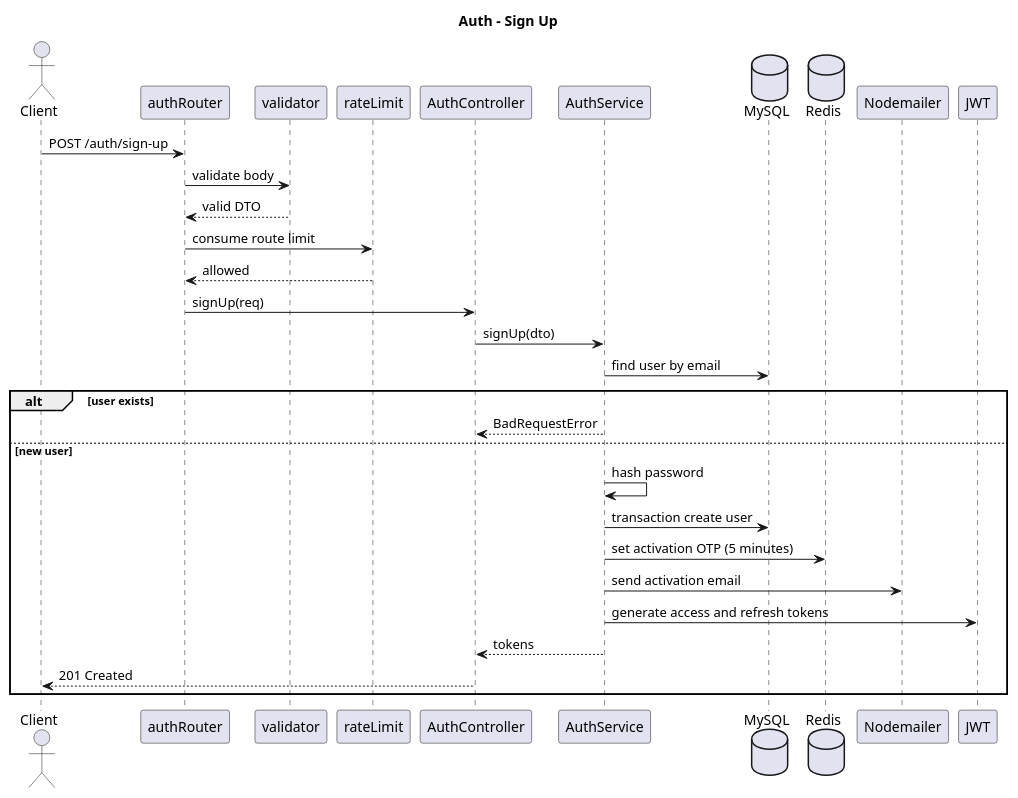
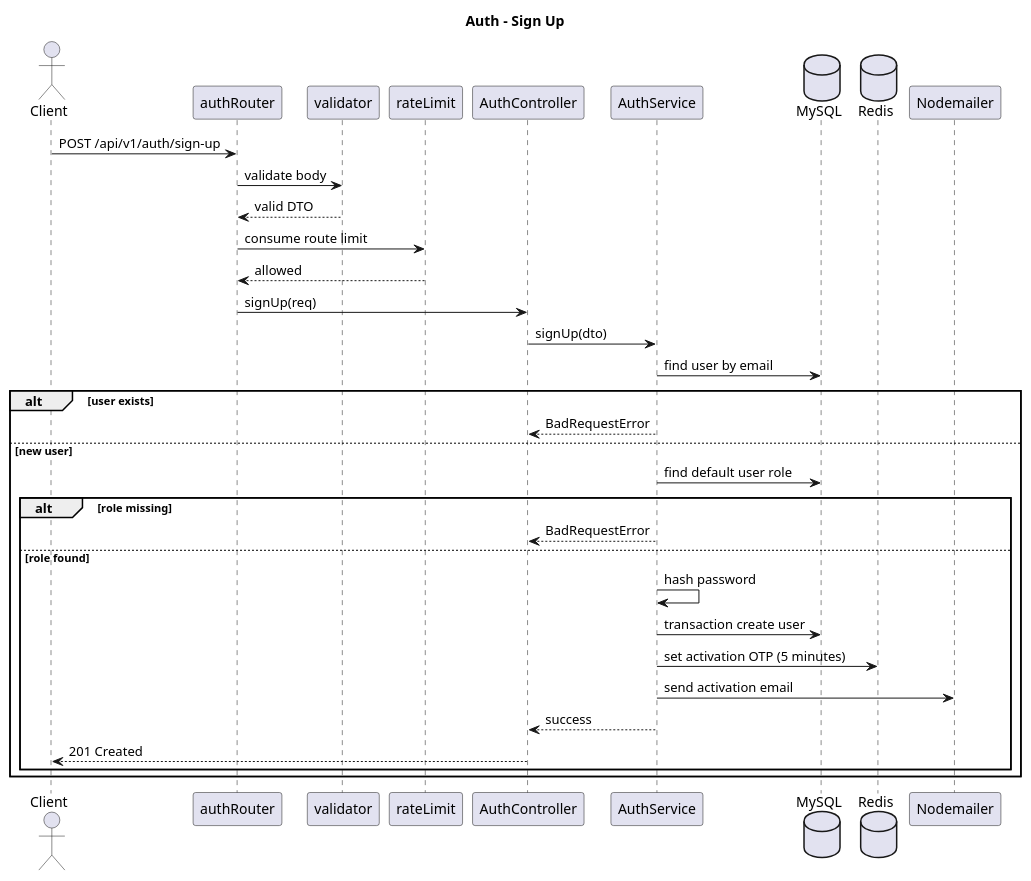
Before and after one commit to sy-nt/CNPMM_BE: the first of 9 diagrams in docs/202605061020-auth-user-use-cases.md, drawn with PlantUML. The commit also changed other lines of this file and 9 other files, not shown here.

Commit message:
fix: update migrations, increase sign-up OTP expire time

````diff
--- a/docs/202605061020-auth-user-use-cases.md
+++ b/docs/202605061020-auth-user-use-cases.md
@@ -26,37 +28,40 @@
 ```plantuml
 @startuml
 title Auth - Sign Up
 
 actor Client
 participant "authRouter" as Router
 participant "validator" as Validator
 participant "rateLimit" as RateLimit
 participant "AuthController" as Controller
 participant "AuthService" as Service
 database "MySQL" as DB
 database "Redis" as Redis
 participant "Nodemailer" as Mailer
-participant "JWT" as JWT
 
-Client -> Router: POST /auth/sign-up
+Client -> Router: POST /api/v1/auth/sign-up
 Router -> Validator: validate body
 Validator --> Router: valid DTO
 Router -> RateLimit: consume route limit
 RateLimit --> Router: allowed
 Router -> Controller: signUp(req)
 Controller -> Service: signUp(dto)
 Service -> DB: find user by email
 alt user exists
     Service --> Controller: BadRequestError
 else new user
-    Service -> Service: hash password
-    Service -> DB: transaction create user
-    Service -> Redis: set activation OTP (5 minutes)
-    Service -> Mailer: send activation email
-    Service -> JWT: generate access and refresh tokens
-    Service --> Controller: tokens
-    Controller --> Client: 201 Created
+    Service -> DB: find default user role
+    alt role missing
+        Service --> Controller: BadRequestError
+    else role found
+        Service -> Service: hash password
+        Service -> DB: transaction create user
+        Service -> Redis: set activation OTP (5 minutes)
+        Service -> Mailer: send activation email
+        Service --> Controller: success
+        Controller --> Client: 201 Created
+    end
 end
 
 @enduml
 ```
````
